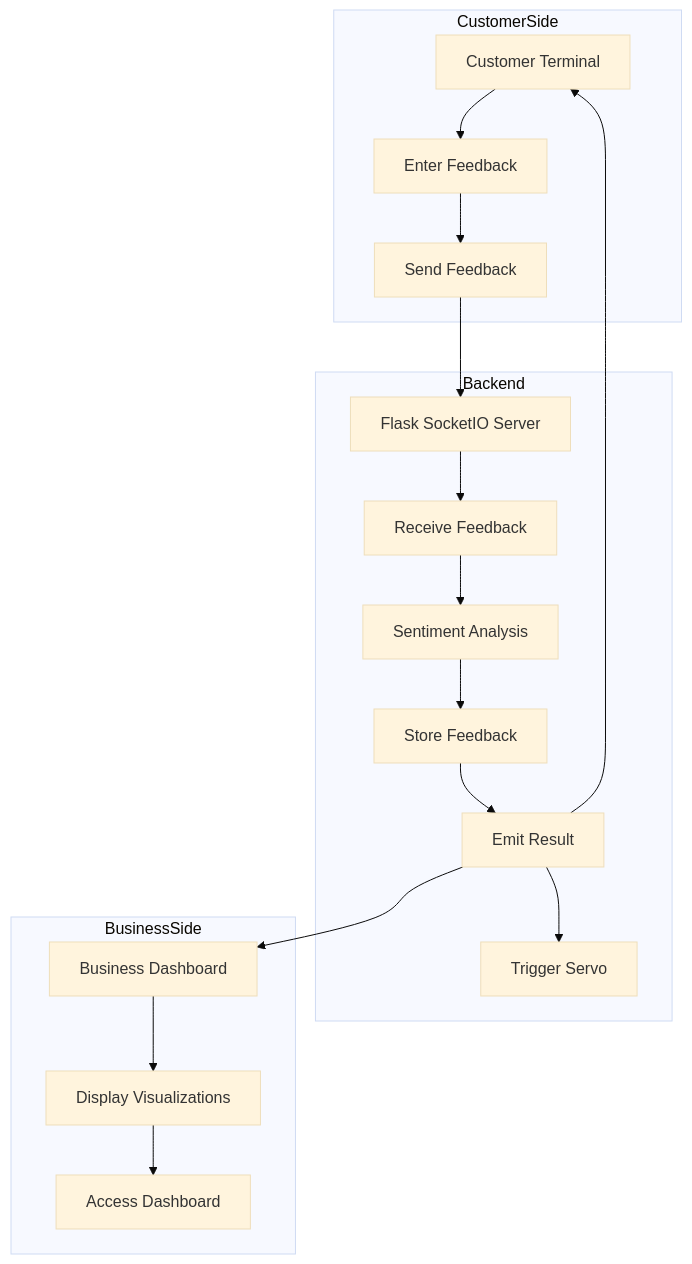
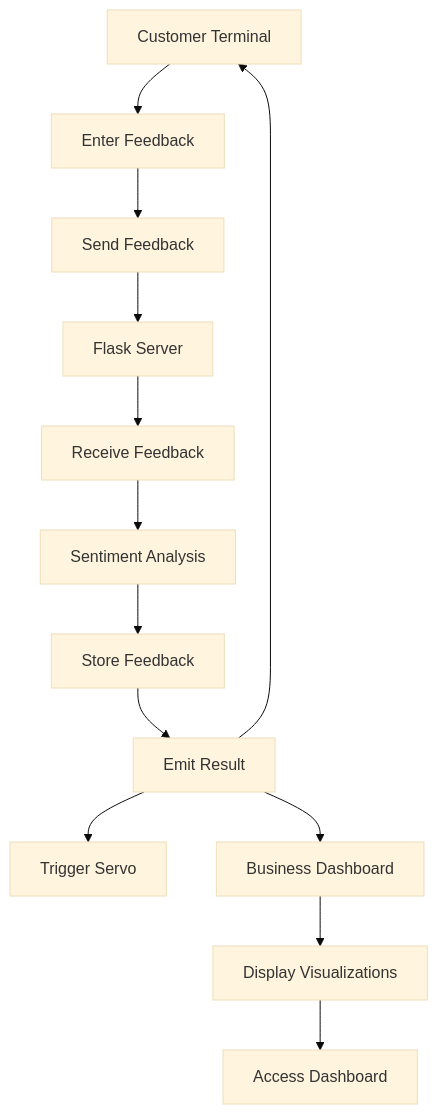
One commit to JesiraeDong/Fortune-Cookies-Dispenser changed the diagram in README.md. Above: the diagram before and after it, drawn with Mermaid (base theme). The commit also changed other lines of this file, not shown here.

Commit message:
Simplify Mermaid diagram to basic flow chart

````diff
--- a/README.md
+++ b/README.md
@@ -16,36 +16,28 @@
 ```mermaid
 graph TD
-    subgraph CustomerSide
-        CT[Customer Terminal]
-        EF[Enter Feedback]
-        SF[Send Feedback]
-    end
-
-    subgraph Backend
-        FSS[Flask SocketIO Server]
-        RF[Receive Feedback]
-        SA[Sentiment Analysis]
-        STF[Store Feedback]
-        ER[Emit Result]
-        TS[Trigger Servo]
-    end
-
-    subgraph BusinessSide
-        BD[Business Dashboard]
-        DV[Display Visualizations]
-        AD[Access Dashboard]
-    end
+    CT[Customer Terminal]
+    EF[Enter Feedback]
+    SF[Send Feedback]
+    FSS[Flask Server]
+    RF[Receive Feedback]
+    SA[Sentiment Analysis]
+    STF[Store Feedback]
+    ER[Emit Result]
+    TS[Trigger Servo]
+    BD[Business Dashboard]
+    DV[Display Visualizations]
+    AD[Access Dashboard]
 
     CT --> EF
     EF --> SF
     SF --> FSS
     FSS --> RF
     RF --> SA
     SA --> STF
     STF --> ER
     ER --> TS
     ER --> BD
     BD --> DV
     DV --> AD
     ER --> CT
 ```
````
